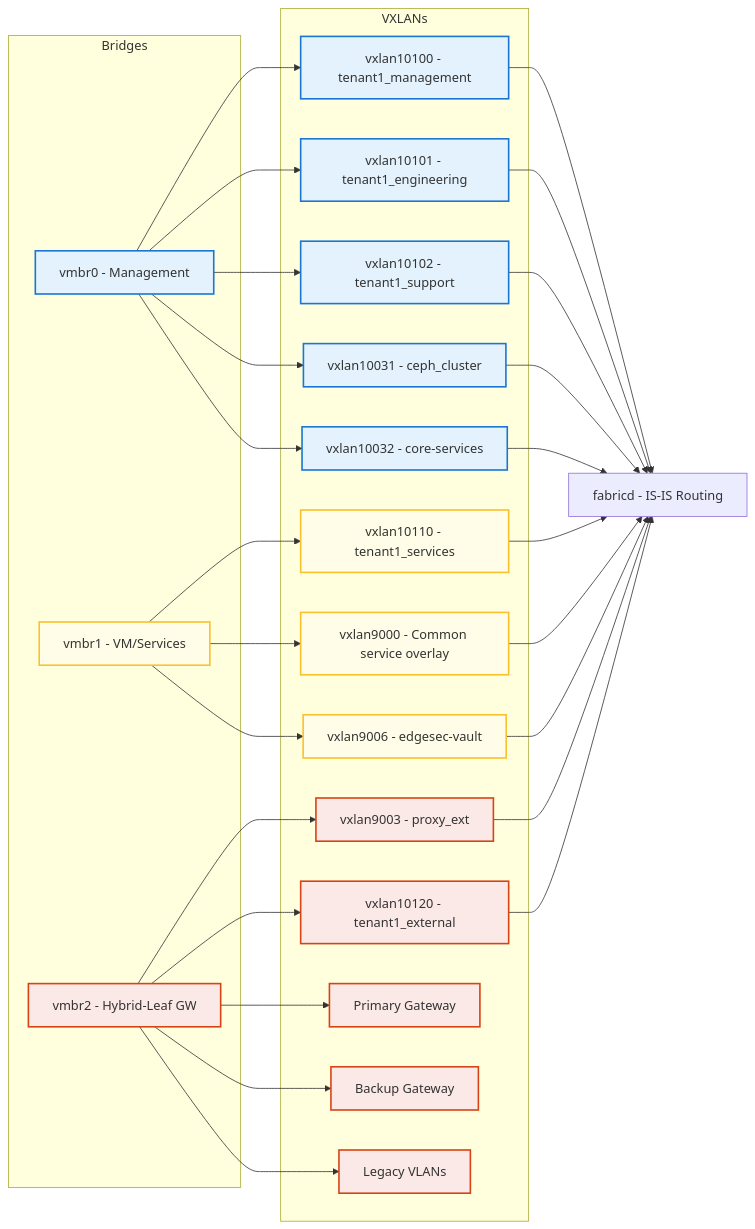
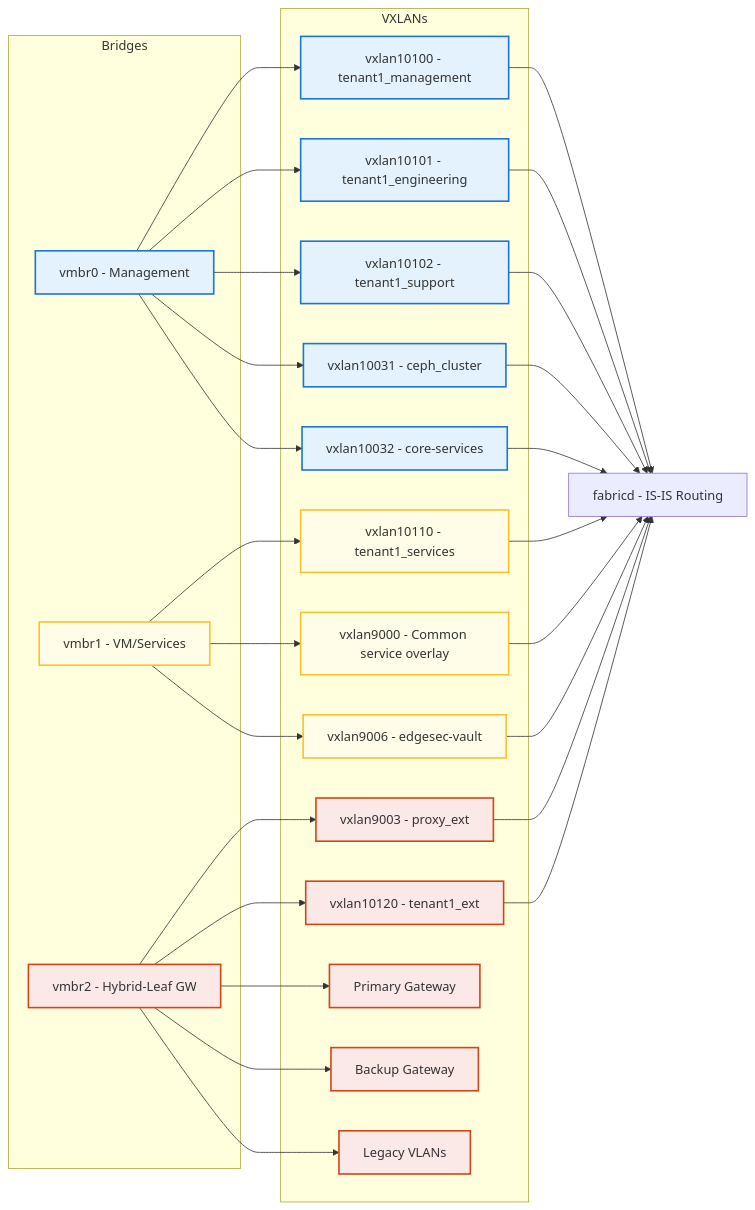
One commit to CEP-Comwell/proxmox_addons changed the first of 4 diagrams in README.md. Above: the diagram before and after it, drawn with Mermaid.

````diff
--- a/README.md
+++ b/README.md
@@ -18,55 +18,55 @@
 ```mermaid
 graph LR
 subgraph Bridges
 	MgmtBridge[vmbr0 - Management]
 	VMBridge[vmbr1 - VM/Services]
 	ExtBridge[vmbr2 - Hybrid-Leaf GW]
 end
 subgraph VXLANs
 	VX10100[vxlan10100 - tenant1_management]
 	VX10101[vxlan10101 - tenant1_engineering]
 	VX10102[vxlan10102 - tenant1_support]
 	VXCEPH2[vxlan10031 - ceph_cluster]
 	VX10032[vxlan10032 - core-services]
 	VX10110[vxlan10110 - tenant1_services]
 	VX9000[vxlan9000 - Common service overlay]
 	VX9006[vxlan9006 - edgesec-vault]
 	VX9003[vxlan9003 - proxy_ext]
-	VX10120[vxlan10120 - tenant1_external]
+	VX10120[vxlan10120 - tenant1_ext]
 	Gateway1[Primary Gateway]
 	Gateway2[Backup Gateway]
 	LegacyVLAN[Legacy VLANs]
 end
 Fabricd[fabricd - IS-IS Routing]
 MgmtBridge --> VX10100
 MgmtBridge --> VX10101
 MgmtBridge --> VX10102
 MgmtBridge --> VXCEPH2
 MgmtBridge --> VX10032
 VMBridge --> VX10110
 VMBridge --> VX9000
 VMBridge --> VX9006
 ExtBridge --> VX9003
 ExtBridge --> VX10120
 ExtBridge --> Gateway1
 ExtBridge --> Gateway2
 ExtBridge --> LegacyVLAN
 VX10100 --> Fabricd
 VX10101 --> Fabricd
 VX10102 --> Fabricd
 VX10110 --> Fabricd
 VX9000 --> Fabricd
 VX9006 --> Fabricd
 VX9003 --> Fabricd
 VX10120 --> Fabricd
 VXCEPH2 --> Fabricd
 VX10032 --> Fabricd
 
 %% Color coding
 classDef mgmt fill:#e3f2fd,stroke:#1976d2,stroke-width:2px;
 classDef vm fill:#fffde7,stroke:#fbc02d,stroke-width:2px;
 classDef ext fill:#fbe9e7,stroke:#d84315,stroke-width:2px;
 class MgmtBridge,VX10100,VX10101,VX10102,VXCEPH2,VX10032 mgmt;
 class VMBridge,VX10110,VX9000,VX9006 vm;
 class ExtBridge,Gateway1,Gateway2,LegacyVLAN,VX9003,VX10120 ext;
 ```
````
